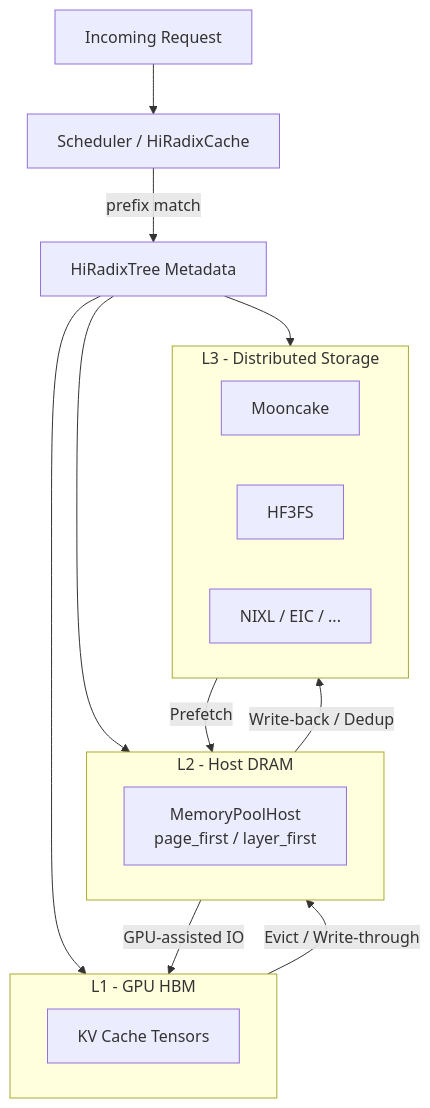
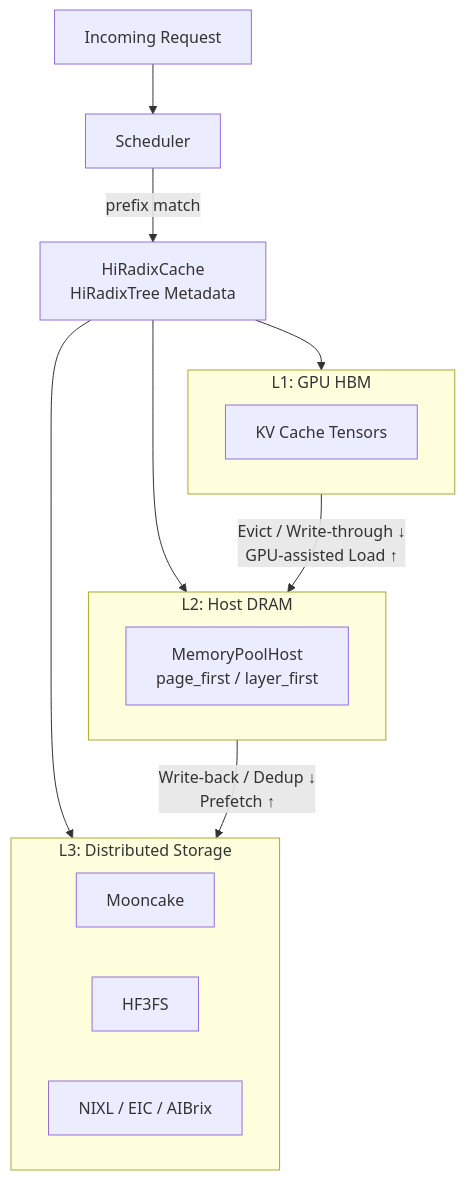
Before and after one commit to ForceInjection/AI-fundamentals: the first of 2 diagrams in 09_inference_system/kv_cache/02_systems/hicache/hicache_deep_dive.md, drawn with Mermaid. The commit also changed other lines of this file, not shown here.

First line of the commit message:
docs(hicache): refine tier and component diagrams in deep dive

````diff
--- a/09_inference_system/kv_cache/02_systems/hicache/hicache_deep_dive.md
+++ b/09_inference_system/kv_cache/02_systems/hicache/hicache_deep_dive.md
@@ -65,26 +65,24 @@
 ```mermaid
 graph TB
-    Req[Incoming Request] --> Sched[Scheduler / HiRadixCache]
-    Sched -->|prefix match| Meta[HiRadixTree Metadata]
+    Req[Incoming Request] --> Sched[Scheduler]
+    Sched -->|prefix match| HRC[HiRadixCache<br/>HiRadixTree Metadata]
 
-    subgraph L1[L1 - GPU HBM]
+    subgraph L1[L1: GPU HBM]
         GPUKV[KV Cache Tensors]
     end
-    subgraph L2[L2 - Host DRAM]
+    subgraph L2[L2: Host DRAM]
         HostPool[MemoryPoolHost<br/>page_first / layer_first]
     end
-    subgraph L3[L3 - Distributed Storage]
+    subgraph L3[L3: Distributed Storage]
         Mooncake[Mooncake]
         HF3FS[HF3FS]
-        Other[NIXL / EIC / ...]
+        Other[NIXL / EIC / AIBrix]
     end
 
-    Meta --> L1
-    Meta --> L2
-    Meta --> L3
+    HRC --> L1
+    HRC --> L2
+    HRC --> L3
 
-    L3 -->|Prefetch| L2
-    L2 -->|GPU-assisted IO| L1
-    L1 -->|Evict / Write-through| L2
-    L2 -->|Write-back / Dedup| L3
+    L1 -->|Evict / Write-through ↓<br/>GPU-assisted Load ↑| L2
+    L2 -->|Write-back / Dedup ↓<br/>Prefetch ↑| L3
 ```
````
